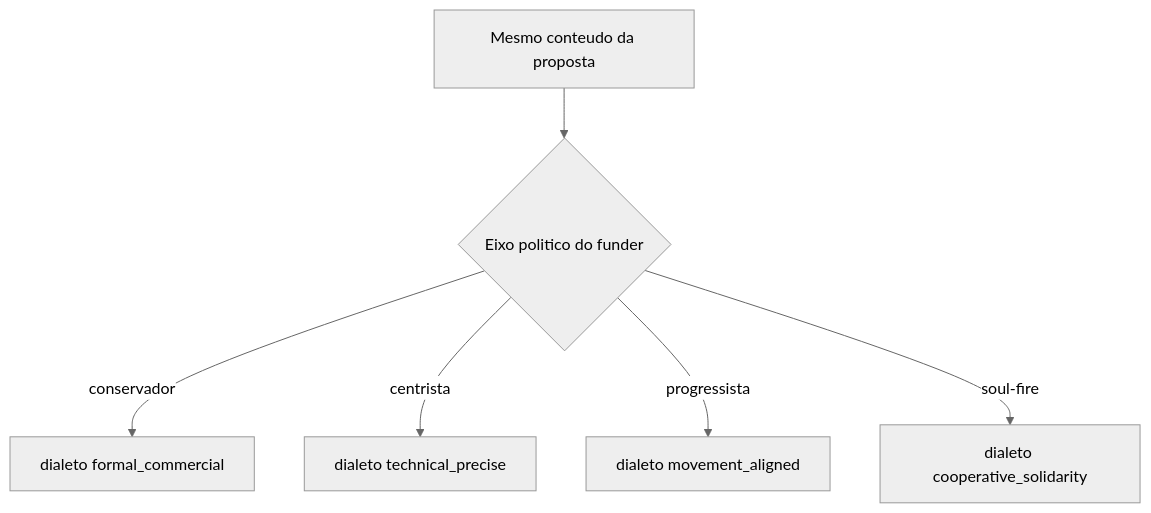
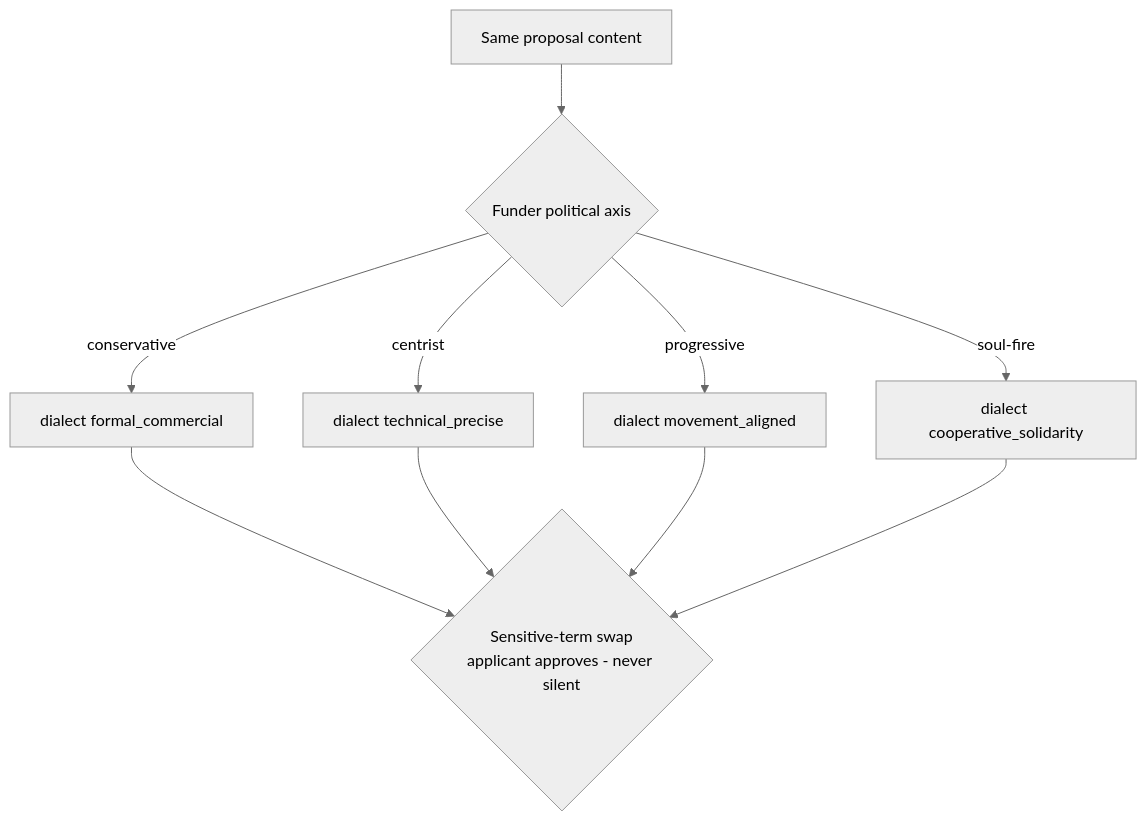
The second of 6 diagrams in projects/goldenquill/victor/discovery.md (cyberAlchemyAI/domainspec-core), drawn with Mermaid (neutral theme) before and after one commit. The commit also changed other lines of this file, not shown here.

````diff
--- a/projects/goldenquill/victor/discovery.md
+++ b/projects/goldenquill/victor/discovery.md
@@ -113,8 +113,9 @@
 ```mermaid
 flowchart TD
-  Conteudo[Mesmo conteudo da proposta] --> D{Eixo politico do funder}
-  D -->|conservador| C1[dialeto formal_commercial]
-  D -->|centrista| C2[dialeto technical_precise]
-  D -->|progressista| C3[dialeto movement_aligned]
-  D -->|soul-fire| C4[dialeto cooperative_solidarity]
+  Content[Same proposal content] --> D{Funder political axis}
+  D -->|conservative| C1[dialect formal_commercial]
+  D -->|centrist| C2[dialect technical_precise]
+  D -->|progressive| C3[dialect movement_aligned]
+  D -->|soul-fire| C4[dialect cooperative_solidarity]
+  C1 & C2 & C3 & C4 --> AP{Sensitive-term swap<br/>applicant approves - never silent}
 ```
````
